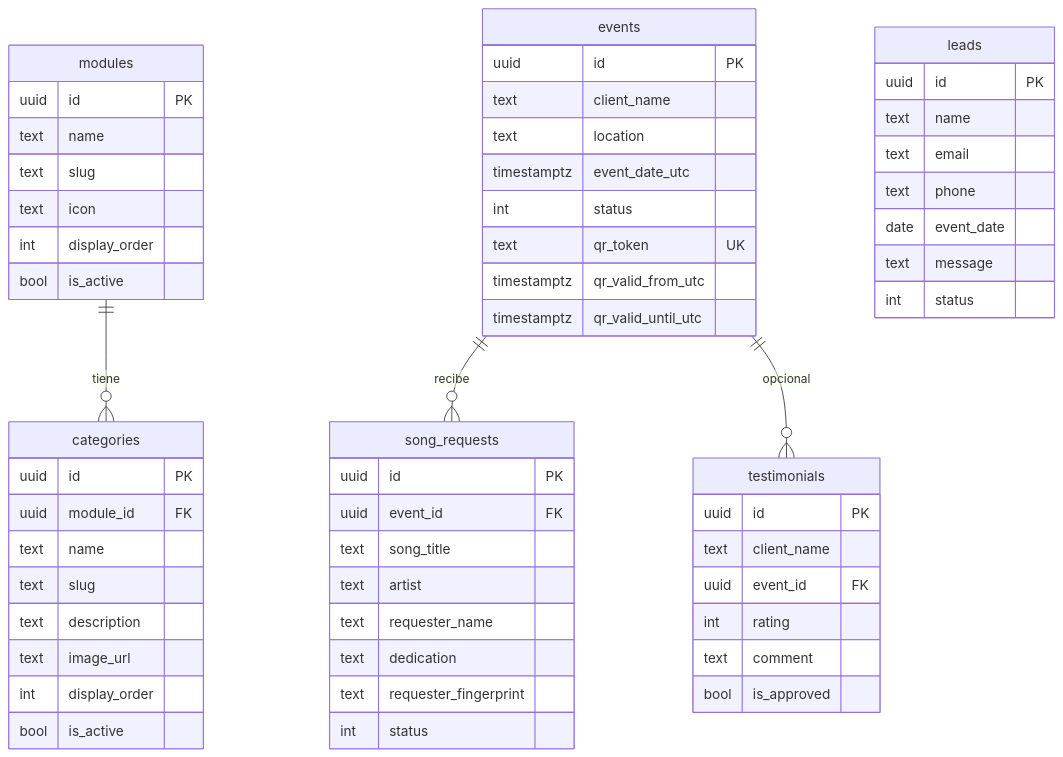
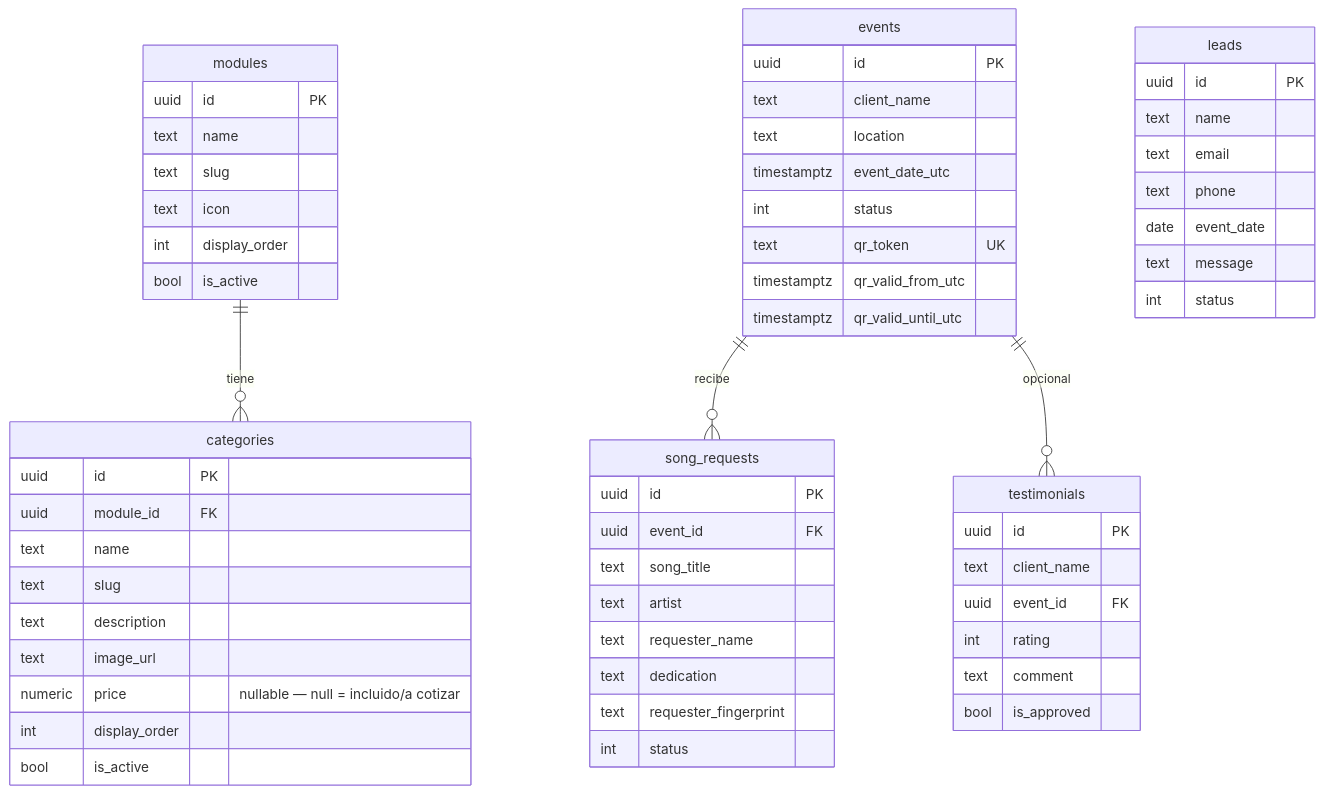
One commit to jfrodriguezva/DjMrkos changed the diagram in docs/DATABASE.md. Above: the diagram before and after it, drawn with Mermaid. The commit also changed other lines of this file and 30 other files, not shown here.

````diff
--- a/docs/DATABASE.md
+++ b/docs/DATABASE.md
@@ -7,62 +7,63 @@
 ```mermaid
 erDiagram
     modules ||--o{ categories : "tiene"
     events ||--o{ song_requests : "recibe"
     events ||--o{ testimonials : "opcional"
 
     modules {
         uuid id PK
         text name
         text slug
         text icon
         int display_order
         bool is_active
     }
     categories {
         uuid id PK
         uuid module_id FK
         text name
         text slug
         text description
         text image_url
+        numeric price "nullable — null = incluido/a cotizar"
         int display_order
         bool is_active
     }
     events {
         uuid id PK
         text client_name
         text location
         timestamptz event_date_utc
         int status
         text qr_token UK
         timestamptz qr_valid_from_utc
         timestamptz qr_valid_until_utc
     }
     song_requests {
         uuid id PK
         uuid event_id FK
         text song_title
         text artist
         text requester_name
         text dedication
         text requester_fingerprint
         int status
     }
     testimonials {
         uuid id PK
         text client_name
         uuid event_id FK
         int rating
         text comment
         bool is_approved
     }
     leads {
         uuid id PK
         text name
         text email
         text phone
         date event_date
         text message
         int status
     }
 ```
````
